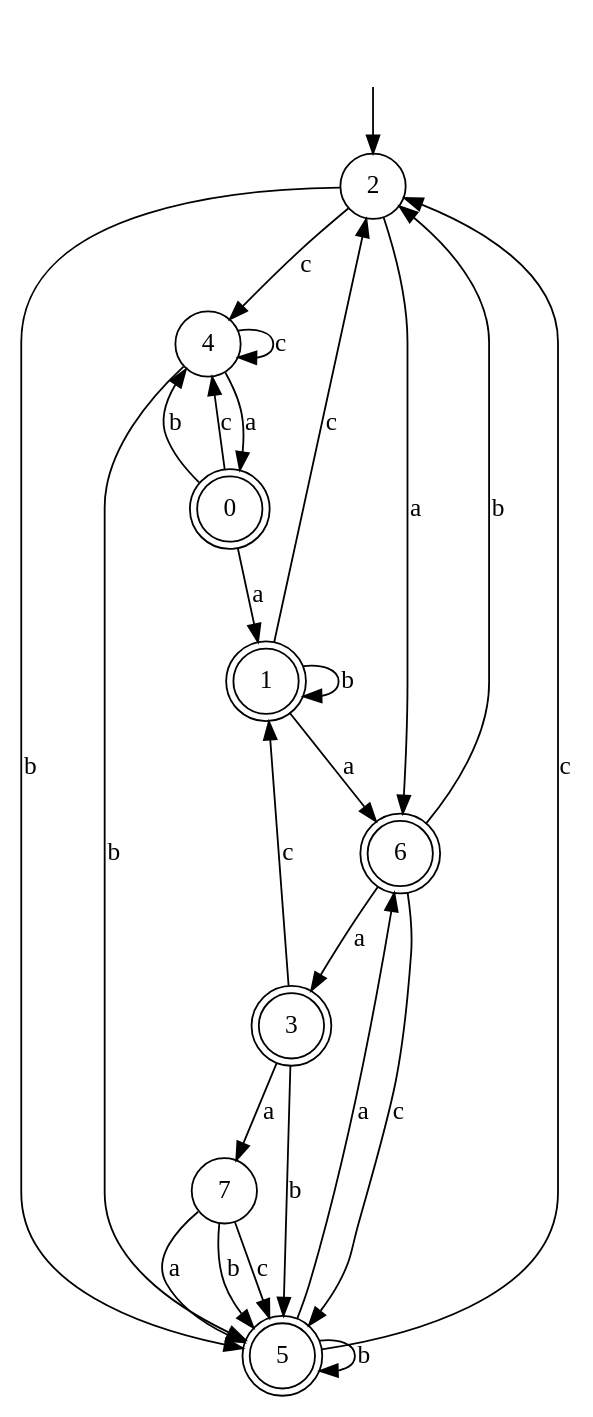
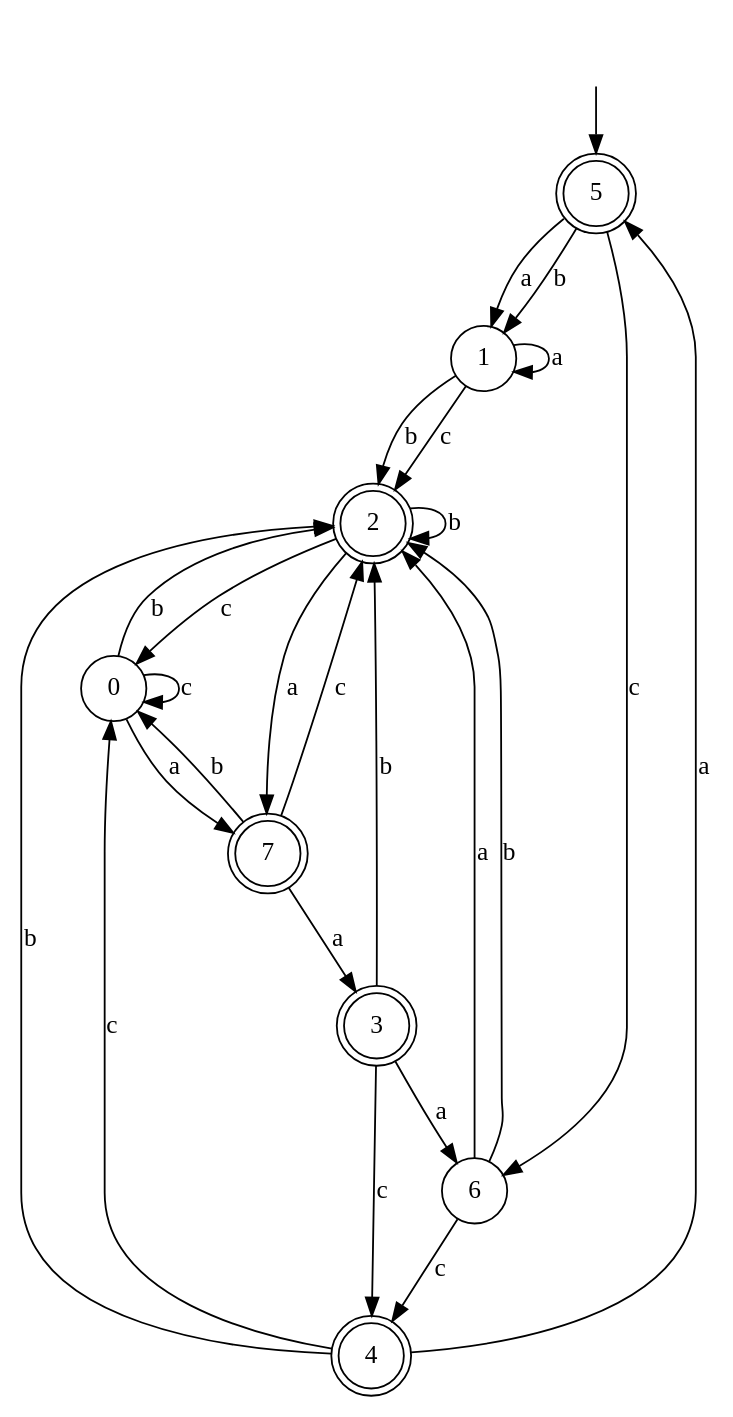
Before and after one commit to brodias/Couting-Words-for-Learning-DFAs: the diagram in Result/Result_Heuristic_Approximation/Summary28/DFAs/Start_dfa_28_n_8_test_8.dot, drawn with Graphviz. The commit also changed 646 other files, not shown here.

```diff
--- a/Result/Result_Heuristic_Approximation/Summary28/DFAs/Start_dfa_28_n_8_test_8.dot
+++ b/Result/Result_Heuristic_Approximation/Summary28/DFAs/Start_dfa_28_n_8_test_8.dot
@@ -1,37 +1,37 @@
 digraph g {
 __start [label=""shape=none]
-	2[shape="circle" label="2"]
-	0[shape="doublecircle" label="0"]
-	1[shape="doublecircle" label="1"]
+	5[shape="doublecircle" label="5"]
+	0[shape="circle" label="0"]
+	1[shape="circle" label="1"]
+	2[shape="doublecircle" label="2"]
 	3[shape="doublecircle" label="3"]
-	4[shape="circle" label="4"]
-	5[shape="doublecircle" label="5"]
-	6[shape="doublecircle" label="6"]
-	7[shape="circle" label="7"]
+	4[shape="doublecircle" label="4"]
+	6[shape="circle" label="6"]
+	7[shape="doublecircle" label="7"]
 
-__start -> 2
-	0 -> 1 [label="a"]
-	0 -> 4 [label="b"]
-	0 -> 4 [label="c"]
-	1 -> 6 [label="a"]
-	1 -> 1 [label="b"]
+__start -> 5
+	0 -> 7 [label="a"]
+	0 -> 2 [label="b"]
+	0 -> 0 [label="c"]
+	1 -> 1 [label="a"]
+	1 -> 2 [label="b"]
 	1 -> 2 [label="c"]
-	2 -> 6 [label="a"]
-	2 -> 5 [label="b"]
-	2 -> 4 [label="c"]
-	3 -> 7 [label="a"]
-	3 -> 5 [label="b"]
-	3 -> 1 [label="c"]
-	4 -> 0 [label="a"]
-	4 -> 5 [label="b"]
-	4 -> 4 [label="c"]
-	5 -> 6 [label="a"]
-	5 -> 5 [label="b"]
-	5 -> 2 [label="c"]
-	6 -> 3 [label="a"]
+	2 -> 7 [label="a"]
+	2 -> 2 [label="b"]
+	2 -> 0 [label="c"]
+	3 -> 6 [label="a"]
+	3 -> 2 [label="b"]
+	3 -> 4 [label="c"]
+	4 -> 5 [label="a"]
+	4 -> 2 [label="b"]
+	4 -> 0 [label="c"]
+	5 -> 1 [label="a"]
+	5 -> 1 [label="b"]
+	5 -> 6 [label="c"]
+	6 -> 2 [label="a"]
 	6 -> 2 [label="b"]
-	6 -> 5 [label="c"]
-	7 -> 5 [label="a"]
-	7 -> 5 [label="b"]
-	7 -> 5 [label="c"]
+	6 -> 4 [label="c"]
+	7 -> 3 [label="a"]
+	7 -> 0 [label="b"]
+	7 -> 2 [label="c"]
 }
```
